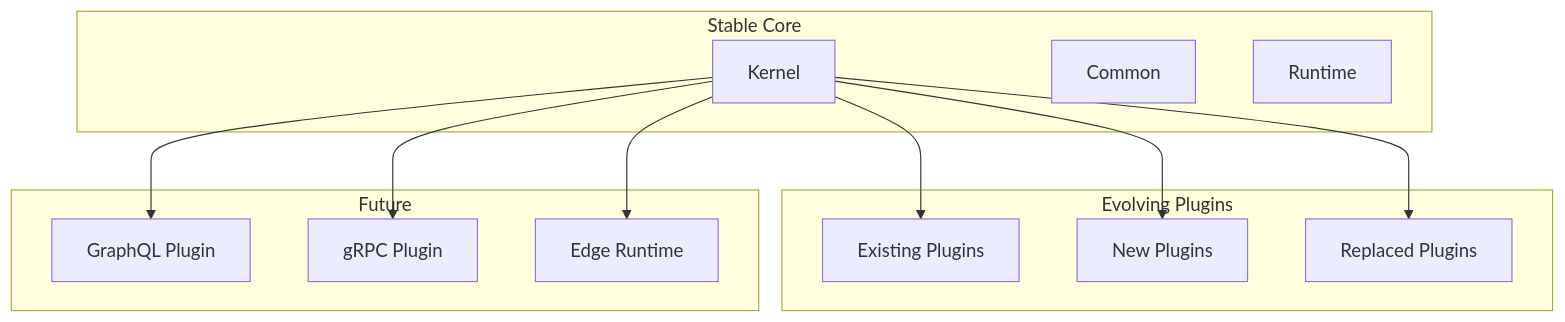
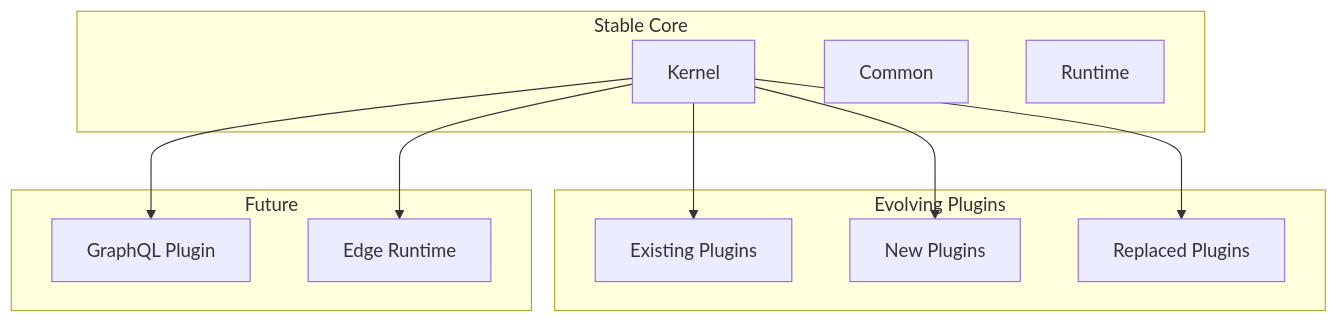
Before and after one commit to setu-ts/setu-ts: diagram 18 of 18 in ARCHITECTURE.md, drawn with Mermaid. The commit also changed other lines of this file and 34 other files, not shown here.

````diff
--- a/ARCHITECTURE.md
+++ b/ARCHITECTURE.md
@@ -2398,27 +2398,25 @@
 ```mermaid
 graph TB
     subgraph Stable Core
         Kernel[Kernel]
         Common[Common]
         Runtime[Runtime]
     end
 
     subgraph Evolving Plugins
         Existing[Existing Plugins]
         New[New Plugins]
         Replaced[Replaced Plugins]
     end
 
     subgraph Future
         GraphQL[GraphQL Plugin]
-        gRPC[gRPC Plugin]
         Edge[Edge Runtime]
     end
 
     Kernel --> Existing
     Kernel --> New
     Kernel --> Replaced
     Kernel --> GraphQL
-    Kernel --> gRPC
     Kernel --> Edge
 ```
````
